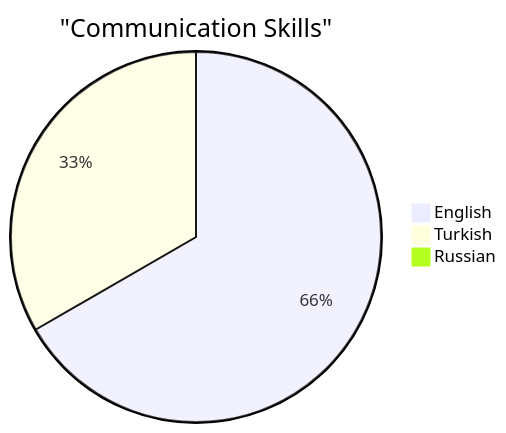
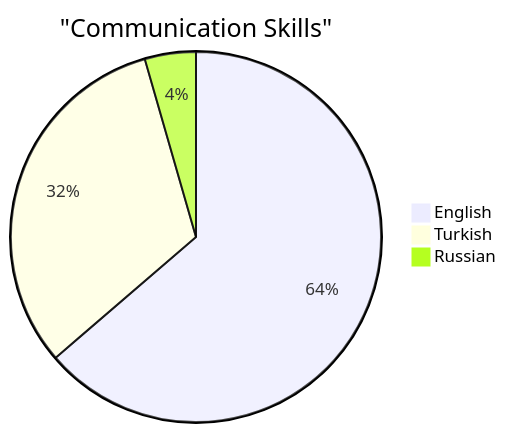
The diagram in README.md (dragonboe/dragonboe), drawn with Mermaid before and after one commit. The commit also changed other lines of this file, not shown here.

````diff
--- a/README.md
+++ b/README.md
@@ -50,6 +50,6 @@
 ```mermaid
 pie title "Communication Skills"
     "English" : 100
     "Turkish" : 50
-    "Russian" : 1
+    "Russian" : 7
 ```
````
